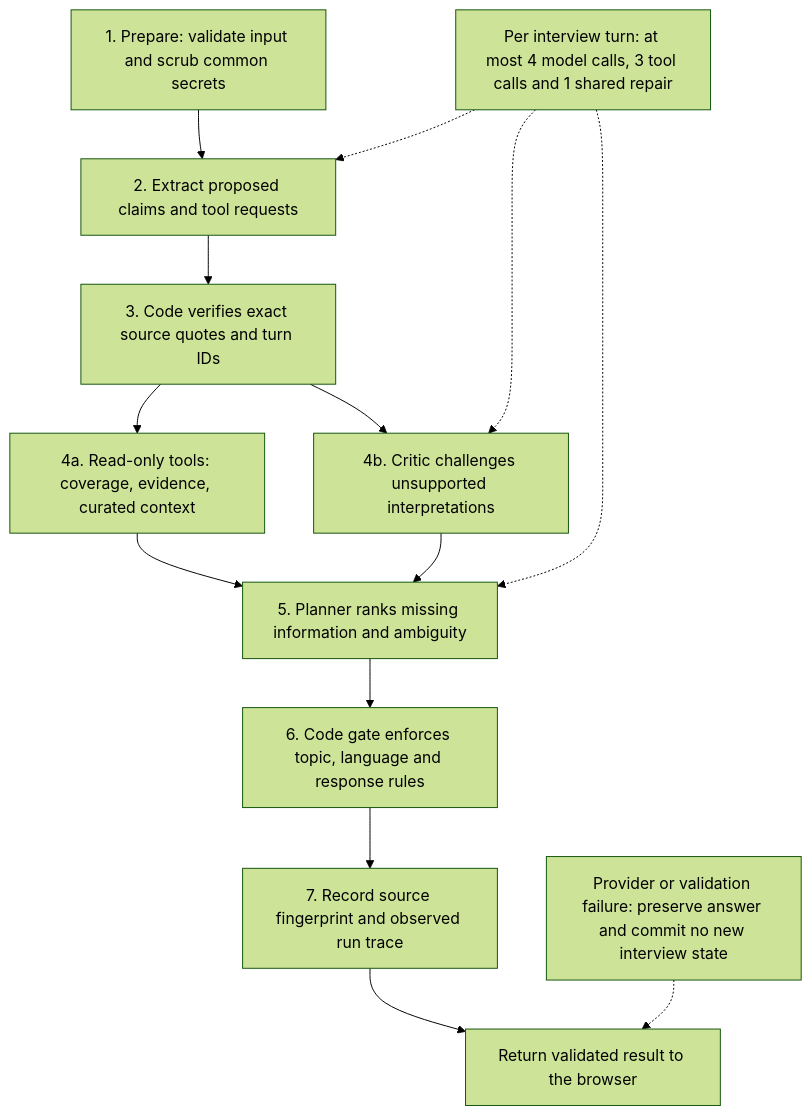
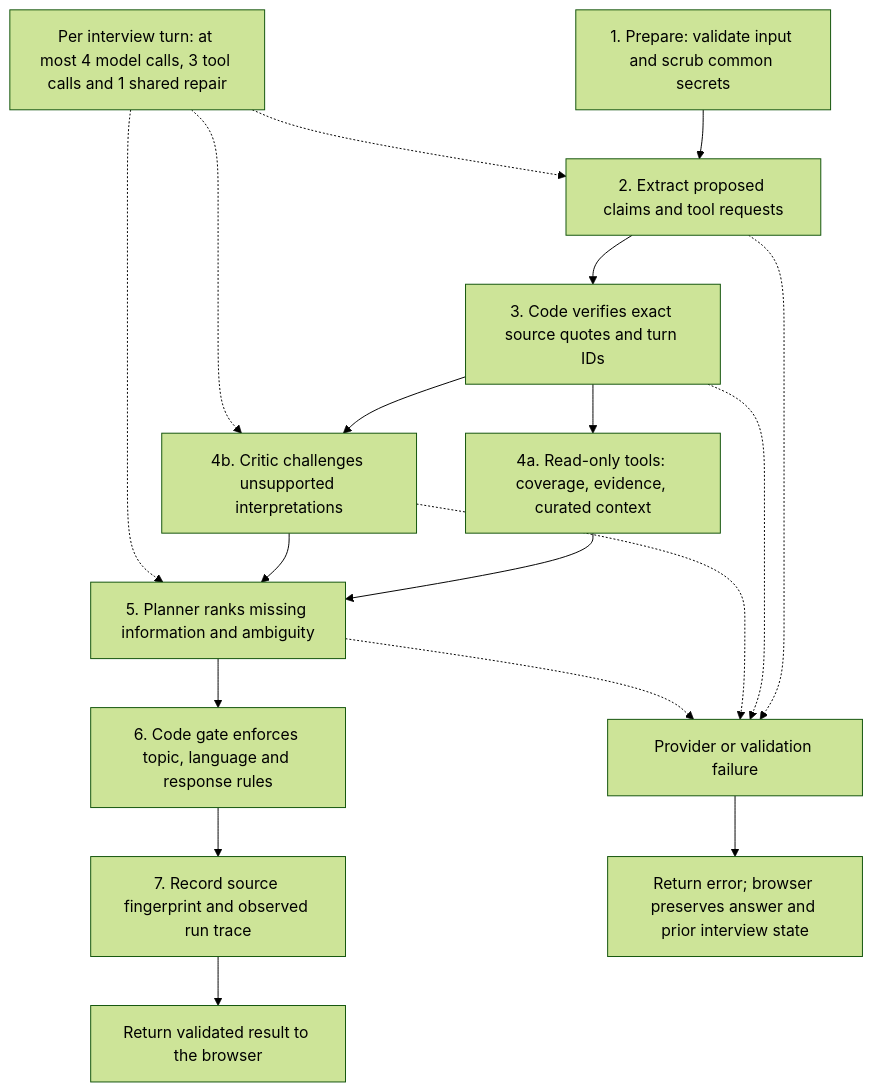
One commit to gowtham66867/merchantlens-paytm changed the second of 2 diagrams in README.md. Above: the diagram before and after it, drawn with Mermaid (forest theme). The commit also changed 1 other file, not shown here.

Commit message:
Distinguish error recovery from validated graph results

````diff
--- a/README.md
+++ b/README.md
@@ -97,16 +97,20 @@
 ```mermaid
 flowchart TD
     Prepare["1. Prepare: validate input and scrub common secrets"] --> Extract["2. Extract proposed claims and tool requests"]
     Extract --> Verify["3. Code verifies exact source quotes and turn IDs"]
     Verify --> Retrieve["4a. Read-only tools: coverage, evidence, curated context"]
     Verify --> Critic["4b. Critic challenges unsupported interpretations"]
     Retrieve --> Plan["5. Planner ranks missing information and ambiguity"]
     Critic --> Plan
     Plan --> Gate["6. Code gate enforces topic, language and response rules"]
     Gate --> Checkpoint["7. Record source fingerprint and observed run trace"]
     Checkpoint --> Return["Return validated result to the browser"]
     Limits["Per interview turn: at most 4 model calls, 3 tool calls and 1 shared repair"] -.-> Extract
     Limits -.-> Critic
     Limits -.-> Plan
-    Failure["Provider or validation failure: preserve answer and commit no new interview state"] -.-> Return
+    Extract -.-> Failure["Provider or validation failure"]
+    Verify -.-> Failure
+    Critic -.-> Failure
+    Plan -.-> Failure
+    Failure --> Preserved["Return error; browser preserves answer and prior interview state"]
 ```
````
